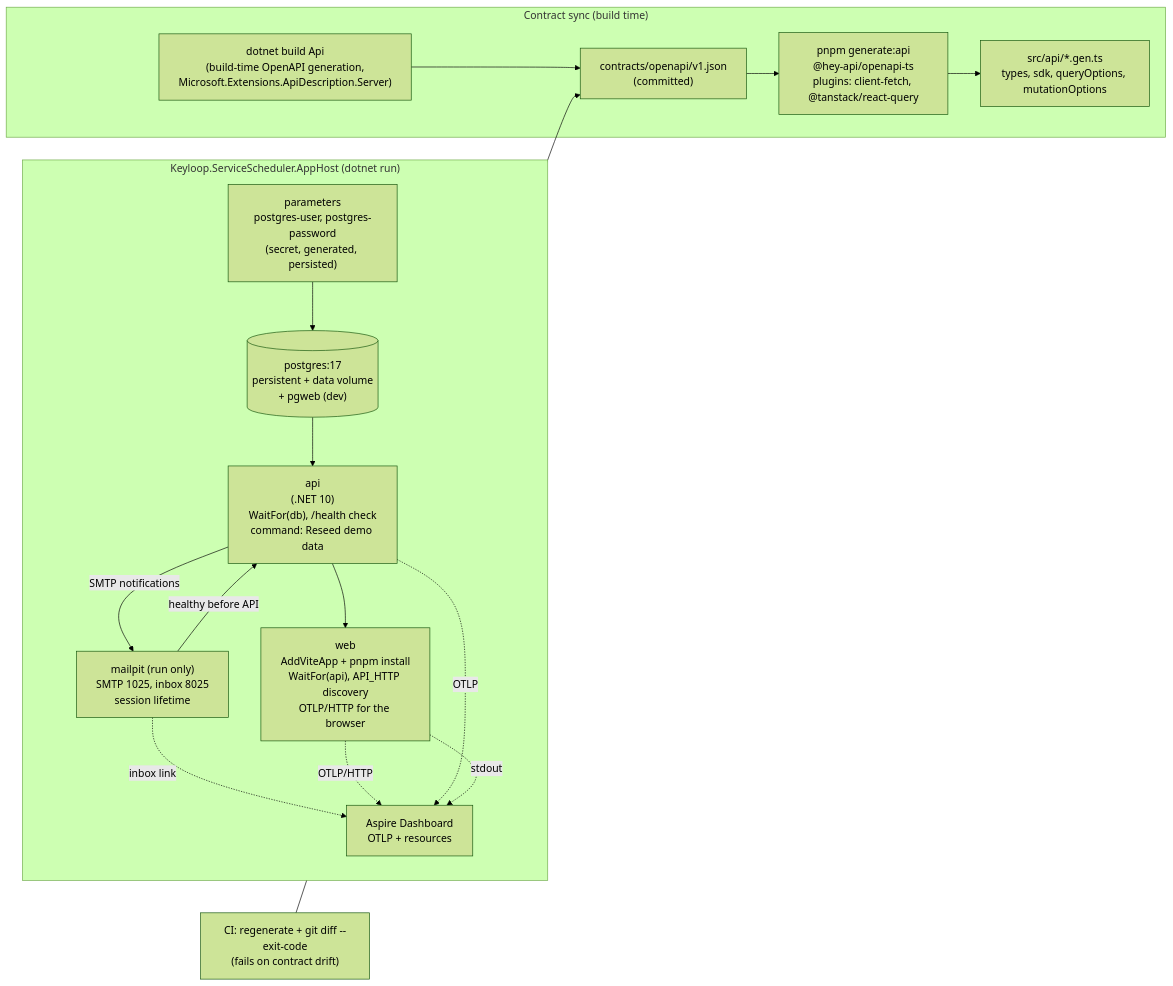
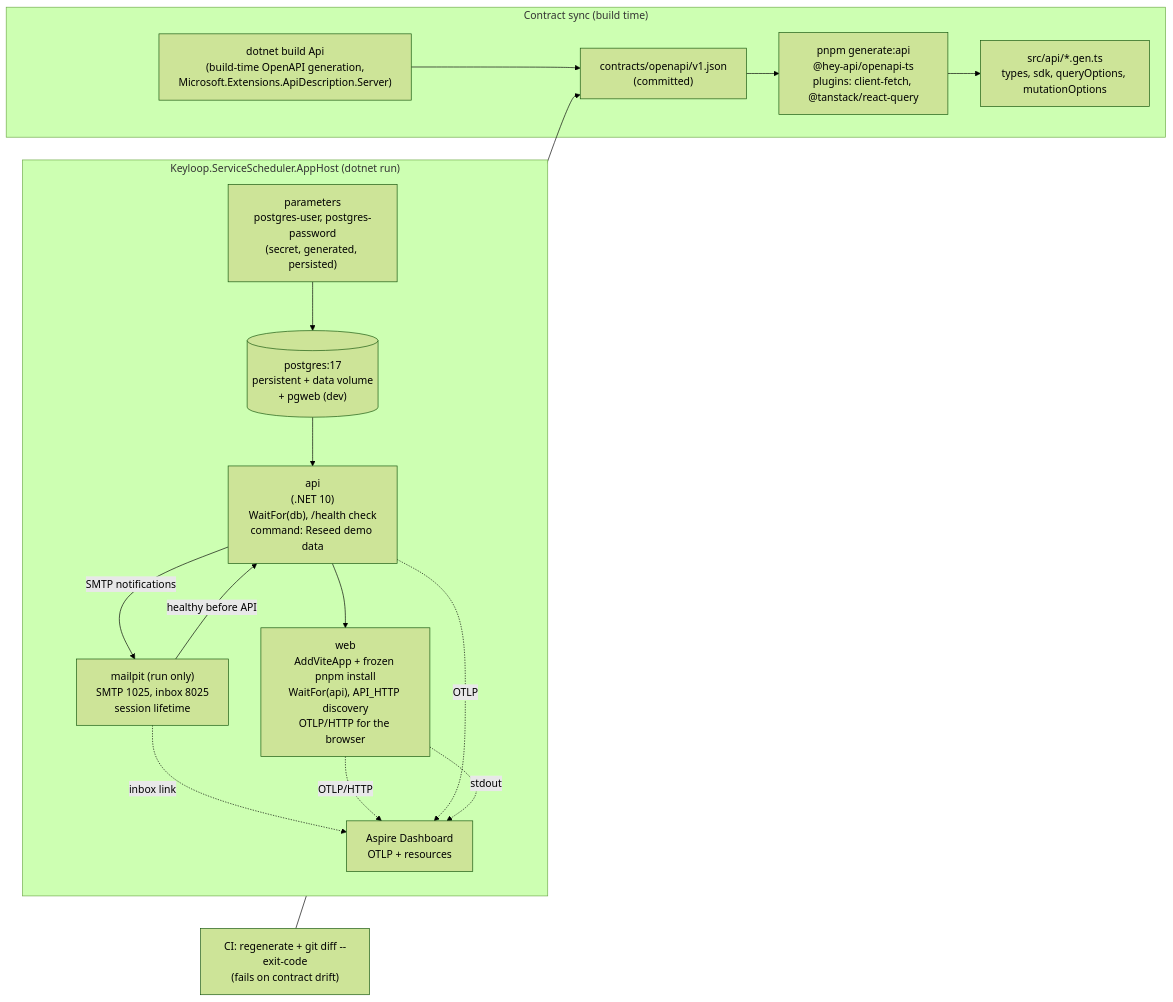
Before and after one commit to kylesmile1103/keyloop-service-scheduler: the ninth of 14 diagrams in docs/SYSTEM_DESIGN.md, drawn with Mermaid (forest theme). The commit also changed other lines of this file and 5 other files, not shown here.

First line of the commit message:
fix(aspire): publish web with discovered API upstream

````diff
--- a/docs/SYSTEM_DESIGN.md
+++ b/docs/SYSTEM_DESIGN.md
@@ -788,28 +788,28 @@
 ```mermaid
 flowchart LR
     subgraph AppHost["Keyloop.ServiceScheduler.AppHost (dotnet run)"]
         PARAMS["parameters<br/>postgres-user, postgres-password<br/>(secret, generated, persisted)"]
         PG[("postgres:17<br/>persistent + data volume<br/>+ pgweb (dev)")]
         MAIL["mailpit (run only)<br/>SMTP 1025, inbox 8025<br/>session lifetime"]
         API["api<br/>(.NET 10)<br/>WaitFor(db), /health check<br/>command: Reseed demo data"]
-        WEB["web<br/>AddViteApp + pnpm install<br/>WaitFor(api), API_HTTP discovery<br/>OTLP/HTTP for the browser"]
+        WEB["web<br/>AddViteApp + frozen pnpm install<br/>WaitFor(api), API_HTTP discovery<br/>OTLP/HTTP for the browser"]
         DASH["Aspire Dashboard<br/>OTLP + resources"]
         PARAMS --> PG --> API --> WEB
         MAIL -->|healthy before API| API
         API -->|SMTP notifications| MAIL
         MAIL -. inbox link .-> DASH
         WEB -. OTLP/HTTP .-> DASH
         API -. OTLP .-> DASH
         WEB -. stdout .-> DASH
     end
 
     subgraph Contract["Contract sync (build time)"]
         BUILD["dotnet build Api<br/>(build-time OpenAPI generation,<br/>Microsoft.Extensions.ApiDescription.Server)"]
         SPEC["contracts/openapi/v1.json<br/>(committed)"]
         GEN["pnpm generate:api<br/>@hey-api/openapi-ts<br/>plugins: client-fetch, @tanstack/react-query"]
         TS["src/api/*.gen.ts<br/>types, sdk, queryOptions, mutationOptions"]
         BUILD --> SPEC --> GEN --> TS
     end
 
     CI["CI: regenerate + git diff --exit-code<br/>(fails on contract drift)"] --> SPEC
 ```
````
